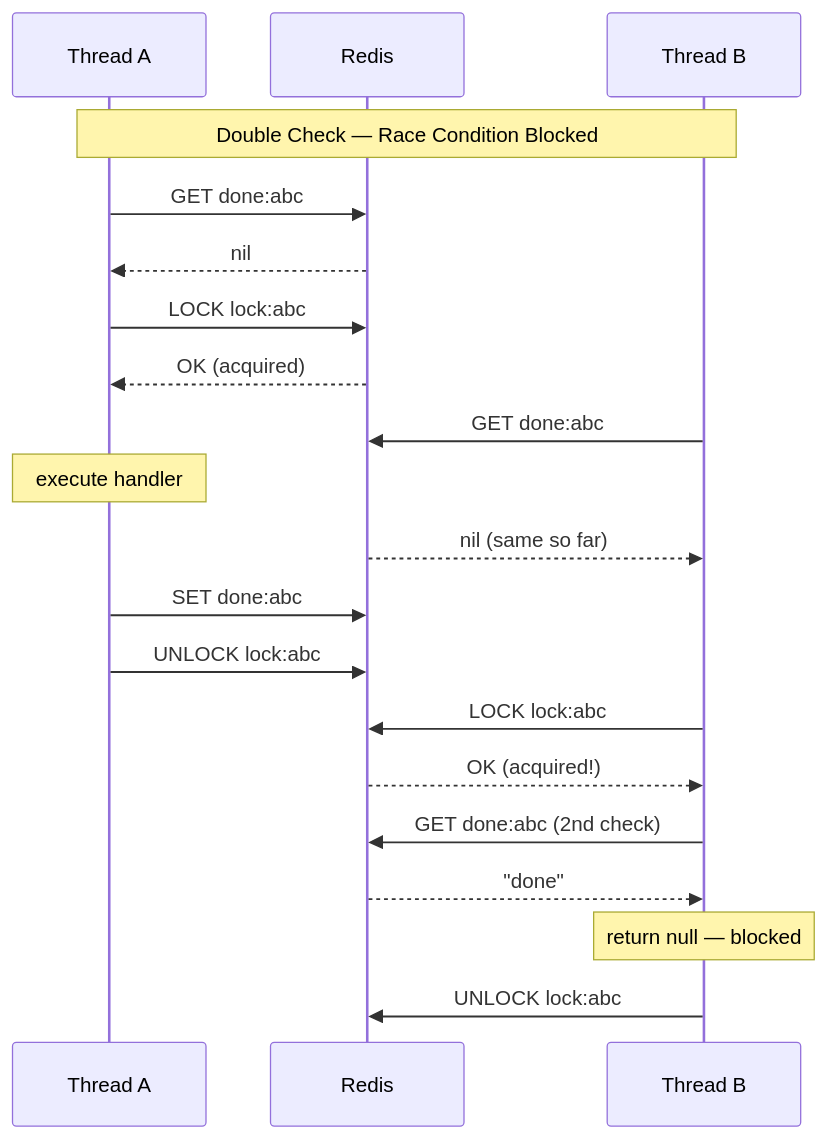
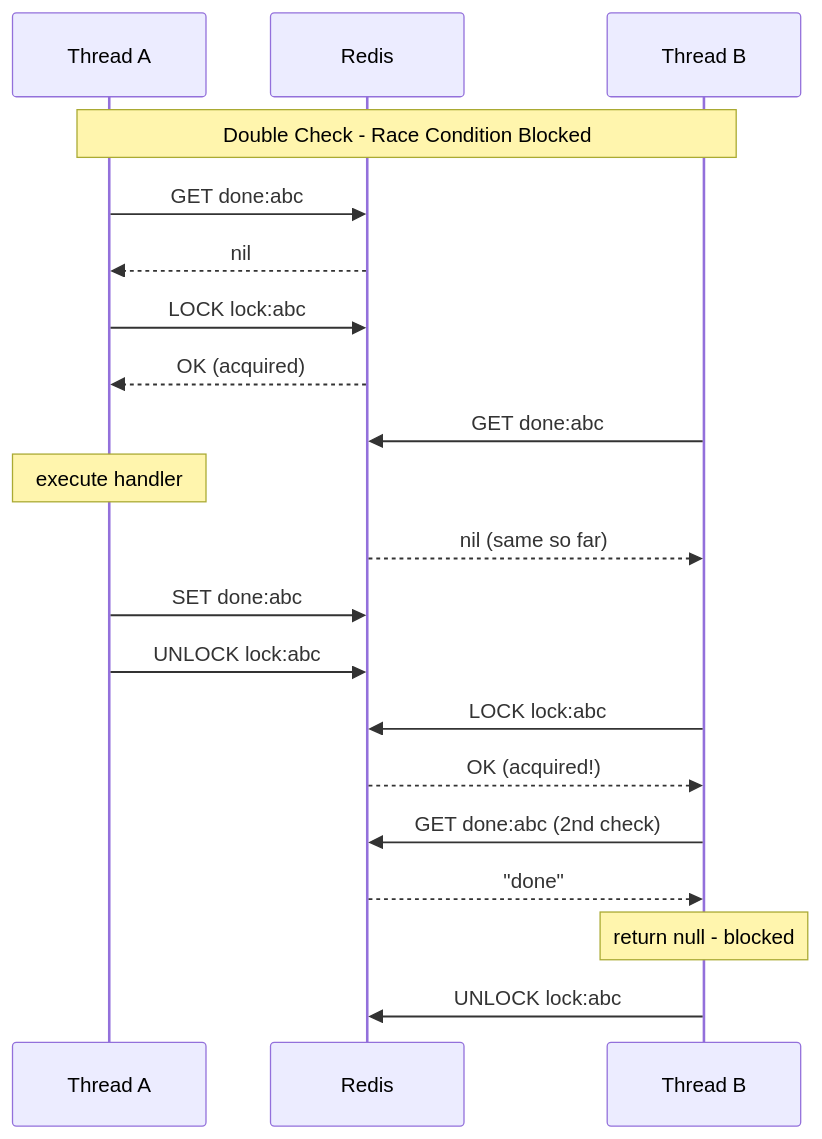
One commit to theminjunchoi/theminjunchoi.github.io changed the second of 2 diagrams in contents/posts/zzol/distributed_lock_and_race_condition.md. Above: the diagram before and after it, drawn with Mermaid. The commit also changed other lines of this file and 12 other files, not shown here.

````diff
--- a/contents/posts/zzol/distributed_lock_and_race_condition.md
+++ b/contents/posts/zzol/distributed_lock_and_race_condition.md
@@ -248,30 +248,30 @@
 ```mermaid
 sequenceDiagram
     participant A as Thread A
     participant R as Redis
     participant B as Thread B
 
-    Note over A,B: Double Check — Race Condition Blocked
+    Note over A,B: Double Check - Race Condition Blocked
 
     A->>R: GET done:abc
     R-->>A: nil
 
     A->>R: LOCK lock:abc
     R-->>A: OK (acquired)
 
     B->>R: GET done:abc
     Note over A: execute handler
     R-->>B: nil (same so far)
 
     A->>R: SET done:abc
     A->>R: UNLOCK lock:abc
 
     B->>R: LOCK lock:abc
     R-->>B: OK (acquired!)
 
     B->>R: GET done:abc (2nd check)
     R-->>B: "done"
 
-    Note over B: return null — blocked
+    Note over B: return null - blocked
     B->>R: UNLOCK lock:abc
 ```
````
